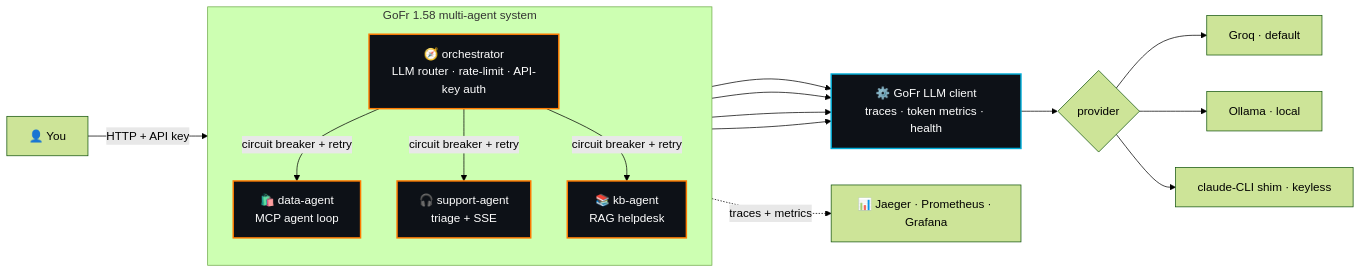
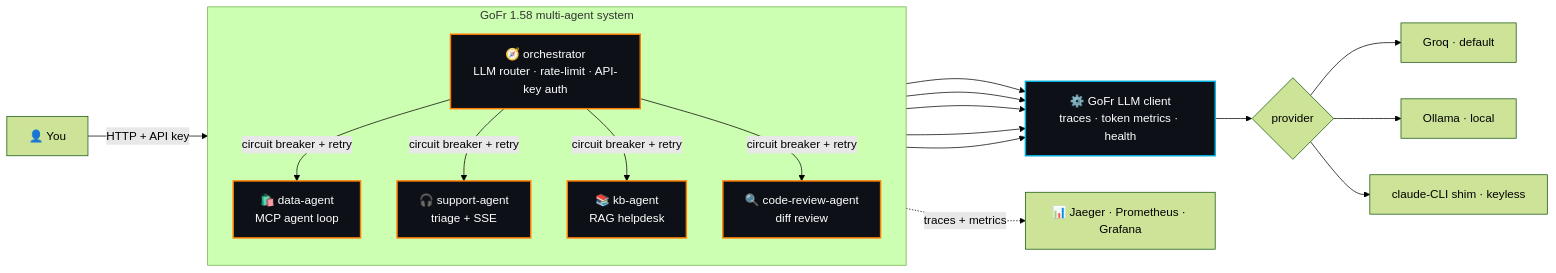
The diagram in README.md (aryanmehrotra/agents), drawn with Mermaid (forest theme) before and after one commit. The commit also changed other lines of this file and 13 other files, not shown here.

First line of the commit message:
feat(agent): add code-review-agent + resilient classifier + refreshed observability

````diff
--- a/README.md
+++ b/README.md
@@ -26,28 +26,30 @@
 ```mermaid
 flowchart LR
     You["👤 You"] -->|"HTTP + API key"| ORCH
 
     subgraph System["GoFr 1.58 multi-agent system"]
         direction TB
         ORCH["🧭 orchestrator<br/>LLM router · rate-limit · API-key auth"]
         ORCH -->|"circuit breaker + retry"| D["🛍️ data-agent<br/>MCP agent loop"]
         ORCH -->|"circuit breaker + retry"| S["🎧 support-agent<br/>triage + SSE"]
         ORCH -->|"circuit breaker + retry"| K["📚 kb-agent<br/>RAG helpdesk"]
+        ORCH -->|"circuit breaker + retry"| R["🔍 code-review-agent<br/>diff review"]
     end
 
     D --> LLM["⚙️ GoFr LLM client<br/>traces · token metrics · health"]
     S --> LLM
     K --> LLM
+    R --> LLM
     ORCH --> LLM
     LLM --> Provider{"provider"}
     Provider --> Groq["Groq · default"]
     Provider --> Ollama["Ollama · local"]
     Provider --> Shim["claude-CLI shim · keyless"]
 
     System -.->|"traces + metrics"| OBS["📊 Jaeger · Prometheus · Grafana"]
 
     classDef agent fill:#0d1117,stroke:#FF7A00,stroke-width:2px,color:#ffffff;
     classDef core fill:#0d1117,stroke:#00ADD8,stroke-width:2px,color:#ffffff;
-    class ORCH,D,S,K agent;
+    class ORCH,D,S,K,R agent;
     class LLM core;
 ```
````
